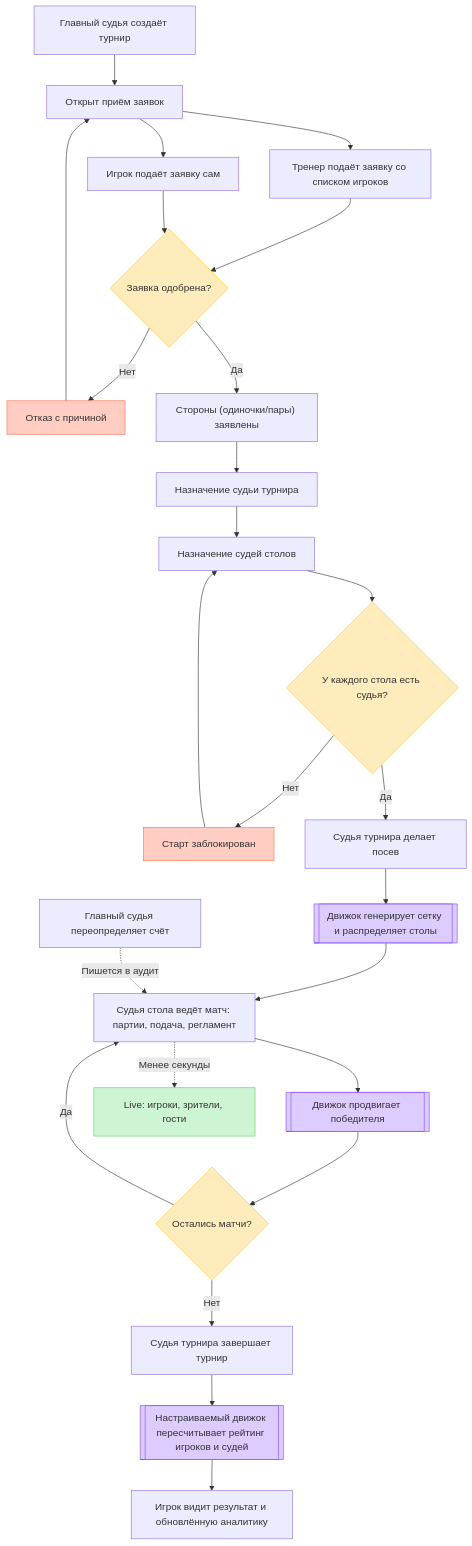
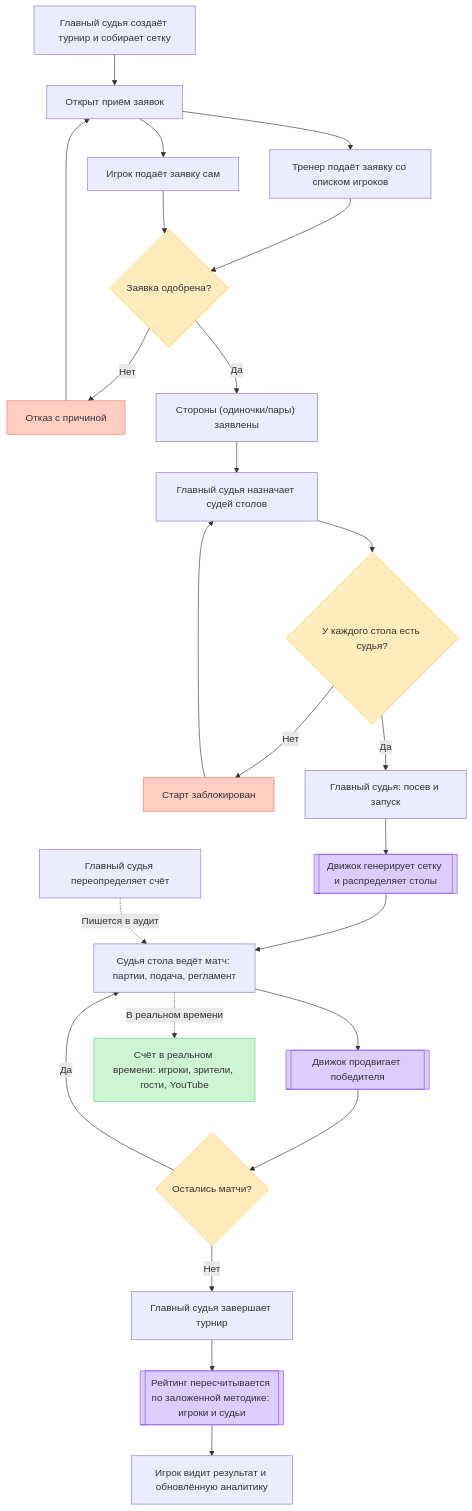
One commit to AssylanAkhanuly/tt_tournament changed the second of 10 diagrams in USERFLOW.md. Above: the diagram before and after it, drawn with Mermaid. The commit also changed other lines of this file and 23 other files, not shown here.

First line of the commit message:
docs: привести архитектуру и user flow в соответствие с финальным ТЗ

````diff
--- a/USERFLOW.md
+++ b/USERFLOW.md
@@ -100,59 +101,57 @@
 ```mermaid
 flowchart TD
-    createT["Главный судья создаёт турнир"]
+    createT["Главный судья создаёт турнир и собирает сетку"]
     openApps["Открыт приём заявок"]
     coachApply["Тренер подаёт заявку со списком игроков"]
     selfApply["Игрок подаёт заявку сам"]
     review{"Заявка одобрена?"}
     rejected["Отказ с причиной"]
     participants["Стороны (одиночки/пары) заявлены"]
-    assignJudge["Назначение судьи турнира"]
-    assignTable["Назначение судей столов"]
+    assignTable["Главный судья назначает судей столов"]
     refGate{"У каждого стола есть судья?"}
     blockStart["Старт заблокирован"]
-    seeding["Судья турнира делает посев"]
+    seeding["Главный судья: посев и запуск"]
     engineGen[["Движок генерирует сетку и распределяет столы"]]
     playMatch["Судья стола ведёт матч: партии, подача, регламент"]
     engineAdv[["Движок продвигает победителя"]]
     more{"Остались матчи?"}
-    finishT["Судья турнира завершает турнир"]
-    engineRating[["Настраиваемый движок пересчитывает рейтинг игроков и судей"]]
+    finishT["Главный судья завершает турнир"]
+    engineRating[["Рейтинг пересчитывается по заложенной методике: игроки и судьи"]]
     analytics["Игрок видит результат и обновлённую аналитику"]
-    live["Live: игроки, зрители, гости"]
+    live["Счёт в реальном времени: игроки, зрители, гости, YouTube"]
     override["Главный судья переопределяет счёт"]
 
     createT --> openApps
     openApps --> coachApply
     openApps --> selfApply
     coachApply --> review
     selfApply --> review
     review -->|"Нет"| rejected
     rejected --> openApps
     review -->|"Да"| participants
-    participants --> assignJudge
-    assignJudge --> assignTable
+    participants --> assignTable
     assignTable --> refGate
     refGate -->|"Нет"| blockStart
     blockStart --> assignTable
     refGate -->|"Да"| seeding
     seeding --> engineGen
     engineGen --> playMatch
     playMatch --> engineAdv
     engineAdv --> more
     more -->|"Да"| playMatch
     more -->|"Нет"| finishT
     finishT --> engineRating
     engineRating --> analytics
-    playMatch -.->|"Менее секунды"| live
+    playMatch -.->|"В реальном времени"| live
     override -.->|"Пишется в аудит"| playMatch
 
     style engineGen fill:#DCCCFF,stroke:#874FFF
     style engineAdv fill:#DCCCFF,stroke:#874FFF
     style engineRating fill:#DCCCFF,stroke:#874FFF
     style review fill:#FFECBD,stroke:#FFC943
     style refGate fill:#FFECBD,stroke:#FFC943
     style more fill:#FFECBD,stroke:#FFC943
     style rejected fill:#FFCDC2,stroke:#FF7556
     style blockStart fill:#FFCDC2,stroke:#FF7556
     style live fill:#CDF4D3,stroke:#66D575
 ```
````
